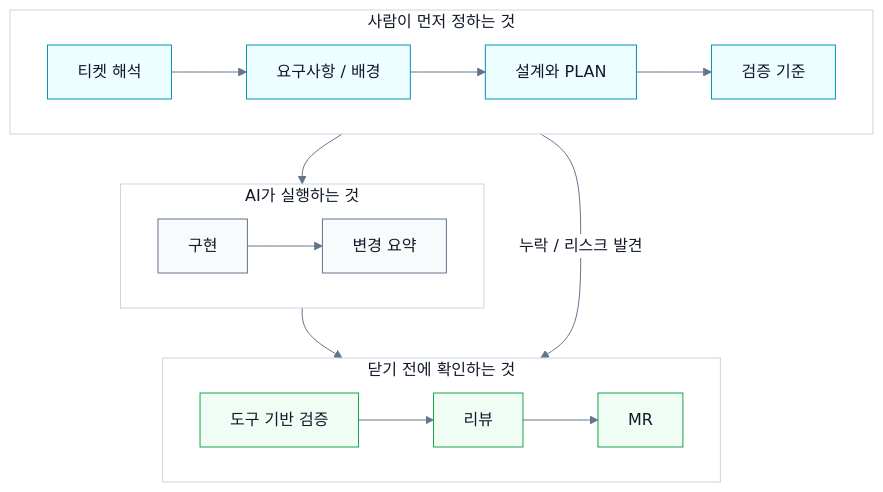
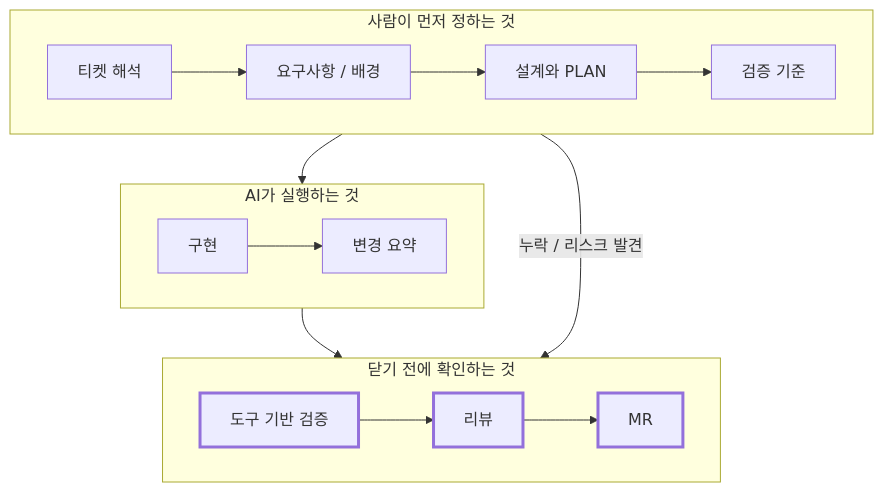
Before and after one commit to JeonJe/JeonJe.github.io: the second of 3 diagrams in _posts/essay/2026-06-28-how-i-use-ai.md, drawn with Mermaid. The commit also changed other lines of this file and 2 other files, not shown here.

First line of the commit message:
style: mermaid 도식이 라이트·다크 테마를 따라가도록 고정색 제거

````diff
--- a/_posts/essay/2026-06-28-how-i-use-ai.md
+++ b/_posts/essay/2026-06-28-how-i-use-ai.md
@@ -97,36 +93,27 @@
 ```mermaid
-%%{init: {"theme": "base", "themeVariables": {"background": "#ffffff", "mainBkg": "#ffffff", "primaryColor": "#ffffff", "primaryBorderColor": "#94a3b8", "primaryTextColor": "#111827", "lineColor": "#64748b", "clusterBkg": "#ffffff", "clusterBorder": "#cbd5e1"}}}%%
 flowchart TB
     subgraph Human["사람이 먼저 정하는 것"]
         direction LR
         A["티켓 해석"] --> B["요구사항 / 배경"]
         B --> C["설계와 PLAN"]
         C --> D["검증 기준"]
     end
 
     subgraph AI["AI가 실행하는 것"]
         direction LR
         E["구현"] --> F["변경 요약"]
     end
 
     subgraph Gate["닫기 전에 확인하는 것"]
         direction LR
         G["도구 기반 검증"] --> H["리뷰"]
         H --> I["MR"]
     end
 
     Human --> AI
     AI --> Gate
     Human <-. "누락 / 리스크 발견" .- Gate
 
-    classDef default fill:#ffffff,stroke:#94a3b8,color:#111827;
-    classDef human fill:#ecfeff,stroke:#0891b2,color:#111827;
-    classDef ai fill:#f8fafc,stroke:#64748b,color:#111827;
-    classDef gate fill:#f0fdf4,stroke:#16a34a,color:#111827;
-    class A,B,C,D human;
-    class E,F ai;
+    classDef gate stroke-width:3px;
     class G,H,I gate;
-    style Human fill:#ffffff,stroke:#cbd5e1,color:#111827
-    style AI fill:#ffffff,stroke:#cbd5e1,color:#111827
-    style Gate fill:#ffffff,stroke:#cbd5e1,color:#111827
 ```
````
